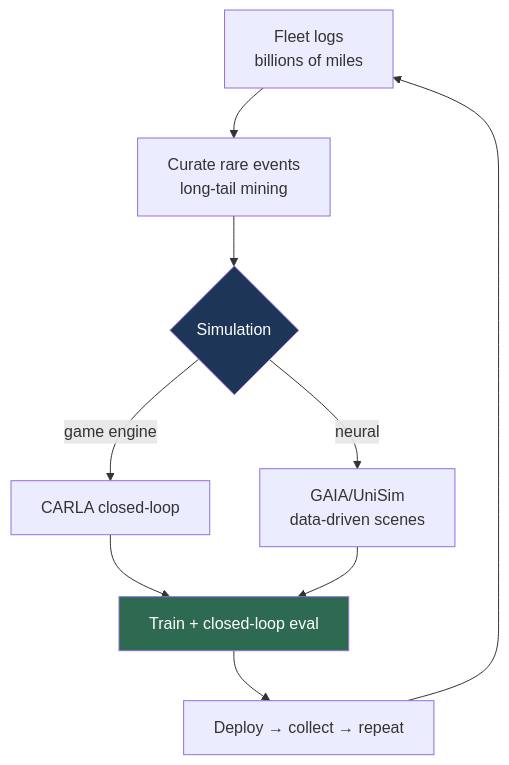
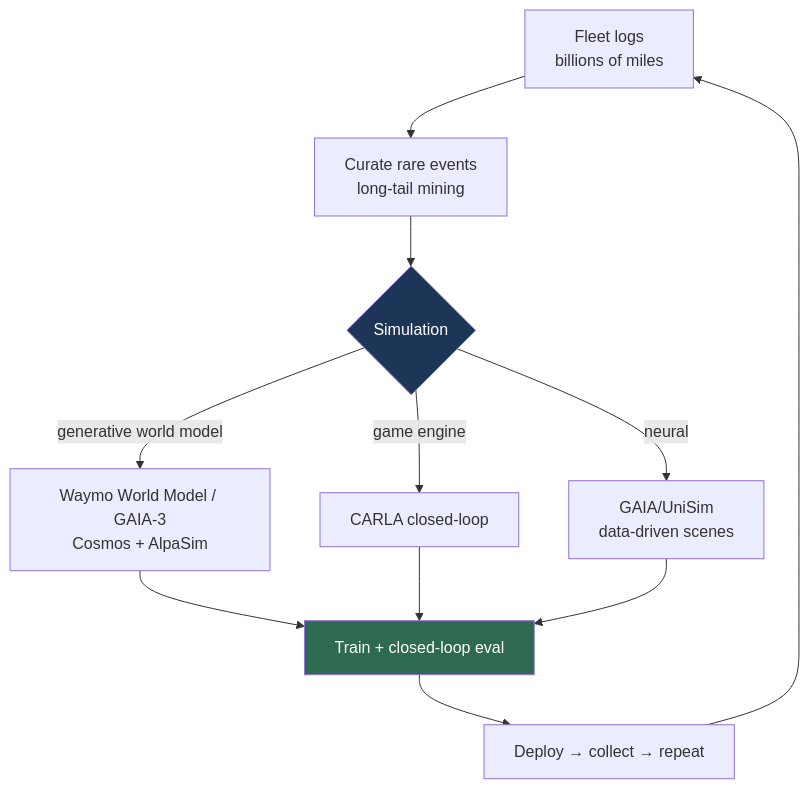
One commit to FrankHuang94/CV_learning_db_claude changed the diagram in cv-knowledge-base/07_autonomous_driving/04_simulation_and_data.md. Above: the diagram before and after it, drawn with Mermaid. The commit also changed other lines of this file and 103 other files, not shown here.

````diff
--- a/cv-knowledge-base/07_autonomous_driving/04_simulation_and_data.md
+++ b/cv-knowledge-base/07_autonomous_driving/04_simulation_and_data.md
@@ -35,13 +58,15 @@
 ```mermaid
 graph TD
     A[Fleet logs<br/>billions of miles] --> B[Curate rare events<br/>long-tail mining]
     B --> C{Simulation}
     C -->|game engine| D[CARLA closed-loop]
     C -->|neural| E[GAIA/UniSim<br/>data-driven scenes]
+    C -->|generative world model| H[Waymo World Model / GAIA-3<br/>Cosmos + AlpaSim]
+    H --> F
     D --> F[Train + closed-loop eval]
     E --> F
     F --> G[Deploy → collect → repeat]
     G --> A
     style C fill:#1d3557,color:#fff
     style F fill:#2d6a4f,color:#fff
 ```
````
